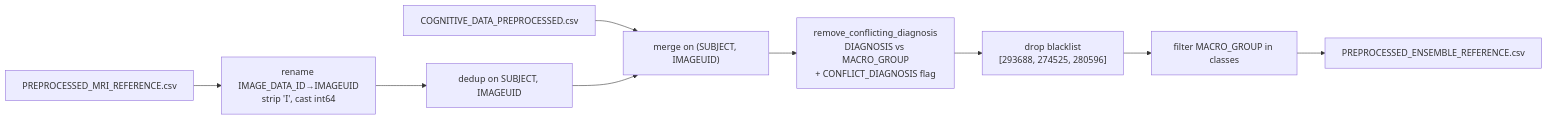
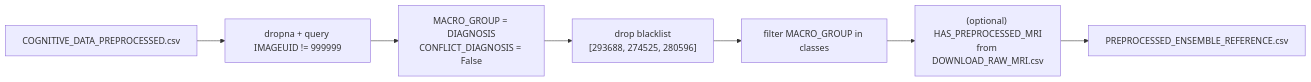
One commit to lucasthim/mmml-alzheimer-diagnosis changed the second of 2 diagrams in docs/data/mri-preprocessing.md. Above: the diagram before and after it, drawn with Mermaid. The commit also changed other lines of this file and 11 other files, not shown here.

````diff
--- a/docs/data/mri-preprocessing.md
+++ b/docs/data/mri-preprocessing.md
@@ -302,11 +311,9 @@
 ```mermaid
 flowchart LR
-    COG["COGNITIVE_DATA_PREPROCESSED.csv"] --> J
-    MRI["PREPROCESSED_MRI_REFERENCE.csv"] --> R["rename IMAGE_DATA_ID→IMAGEUID<br/>strip 'I', cast int64"]
-    R --> D["dedup on SUBJECT, IMAGEUID"]
-    D --> J["merge on (SUBJECT, IMAGEUID)"]
-    J --> C["remove_conflicting_diagnosis<br/>DIAGNOSIS vs MACRO_GROUP<br/>+ CONFLICT_DIAGNOSIS flag"]
-    C --> V["drop blacklist<br/>[293688, 274525, 280596]"]
+    COG["COGNITIVE_DATA_PREPROCESSED.csv"] --> DR["dropna + query IMAGEUID != 999999"]
+    DR --> M["MACRO_GROUP = DIAGNOSIS<br/>CONFLICT_DIAGNOSIS = False"]
+    M --> V["drop blacklist<br/>[293688, 274525, 280596]"]
     V --> F["filter MACRO_GROUP in classes"]
-    F --> OUT["PREPROCESSED_ENSEMBLE_REFERENCE.csv"]
+    F --> H["(optional) HAS_PREPROCESSED_MRI<br/>from DOWNLOAD_RAW_MRI.csv"]
+    H --> OUT["PREPROCESSED_ENSEMBLE_REFERENCE.csv"]
 ```
````
